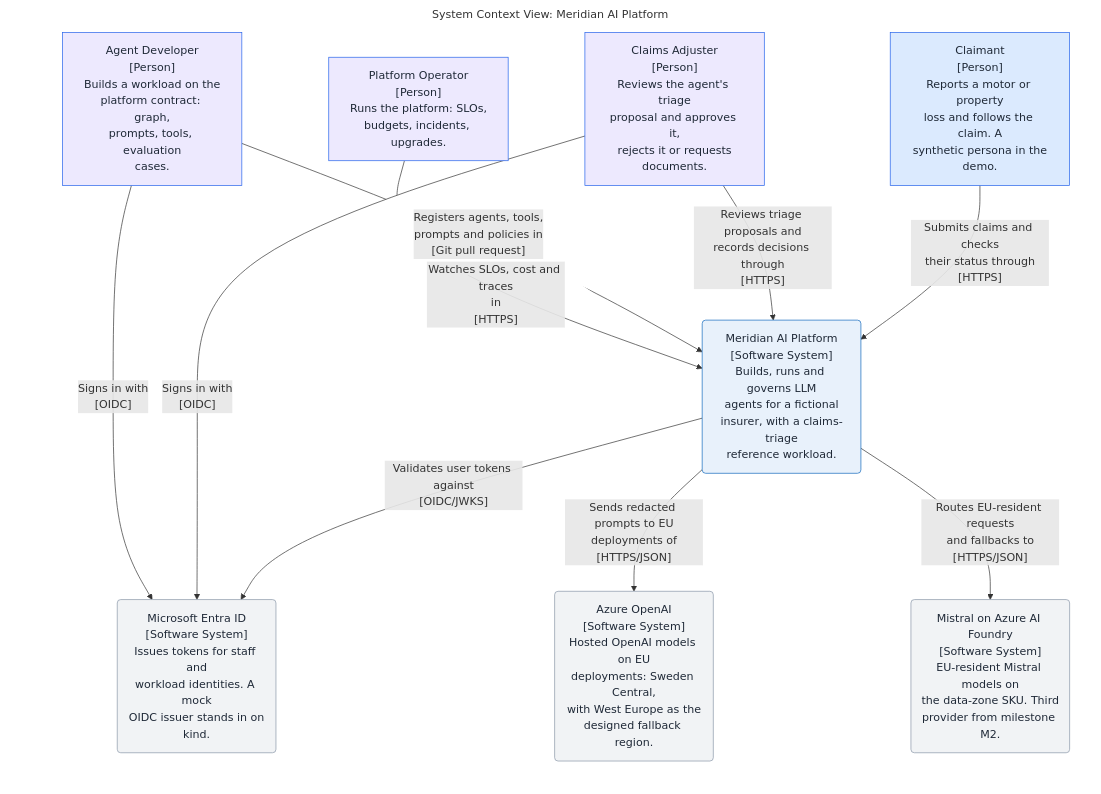
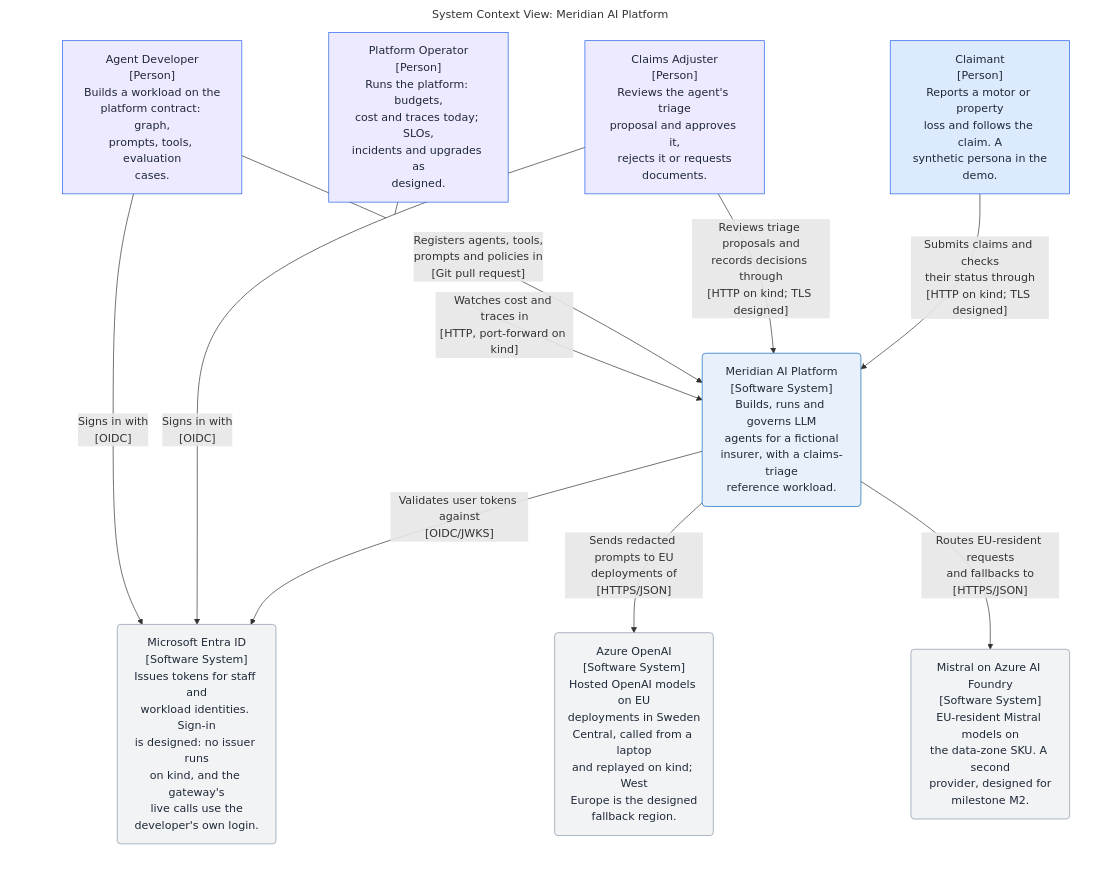
The diagram in README.md (Dezoxy/meridian-ai-platform), drawn with Mermaid before and after one commit. The commit also changed other lines of this file and 15 other files, not shown here.

````diff
--- a/README.md
+++ b/README.md
@@ -43,36 +45,36 @@
 ```mermaid
 graph LR
   linkStyle default fill:#ffffff
 
   subgraph diagram ["System Context View: Meridian AI Platform"]
     style diagram fill:#ffffff,stroke:#ffffff
 
     1["Claimant<br/>[Person]<br/>Reports a motor or property<br/>loss and follows the claim. A<br/>synthetic persona in the<br/>demo."]
     style 1 fill:#dbeafe,stroke:#2563eb,color:#1f2937
     10("Meridian AI Platform<br/>[Software System]<br/>Builds, runs and governs LLM<br/>agents for a fictional<br/>insurer, with a claims-triage<br/>reference workload.")
     style 10 fill:#e8f1fb,stroke:#1168bd,color:#1f2937
     2["Claims Adjuster<br/>[Person]<br/>Reviews the agent's triage<br/>proposal and approves it,<br/>rejects it or requests<br/>documents."]
     style 2 fill:#ede9fe,stroke:#2563eb,color:#1f2937
     3["Agent Developer<br/>[Person]<br/>Builds a workload on the<br/>platform contract: graph,<br/>prompts, tools, evaluation<br/>cases."]
     style 3 fill:#ede9fe,stroke:#2563eb,color:#1f2937
-    4["Platform Operator<br/>[Person]<br/>Runs the platform: SLOs,<br/>budgets, incidents, upgrades."]
+    4["Platform Operator<br/>[Person]<br/>Runs the platform: budgets,<br/>cost and traces today; SLOs,<br/>incidents and upgrades as<br/>designed."]
     style 4 fill:#ede9fe,stroke:#2563eb,color:#1f2937
-    5("Microsoft Entra ID<br/>[Software System]<br/>Issues tokens for staff and<br/>workload identities. A mock<br/>OIDC issuer stands in on<br/>kind.")
+    5("Microsoft Entra ID<br/>[Software System]<br/>Issues tokens for staff and<br/>workload identities. Sign-in<br/>is designed: no issuer runs<br/>on kind, and the gateway's<br/>live calls use the<br/>developer's own login.")
     style 5 fill:#f1f3f5,stroke:#8a96a8,color:#1f2937
-    6("Azure OpenAI<br/>[Software System]<br/>Hosted OpenAI models on EU<br/>deployments: Sweden Central,<br/>with West Europe as the<br/>designed fallback region.")
+    6("Azure OpenAI<br/>[Software System]<br/>Hosted OpenAI models on EU<br/>deployments in Sweden<br/>Central, called from a laptop<br/>and replayed on kind; West<br/>Europe is the designed<br/>fallback region.")
     style 6 fill:#f1f3f5,stroke:#8a96a8,color:#1f2937
-    7("Mistral on Azure AI Foundry<br/>[Software System]<br/>EU-resident Mistral models on<br/>the data-zone SKU. Third<br/>provider from milestone M2.")
+    7("Mistral on Azure AI Foundry<br/>[Software System]<br/>EU-resident Mistral models on<br/>the data-zone SKU. A second<br/>provider, designed for<br/>milestone M2.")
     style 7 fill:#f1f3f5,stroke:#8a96a8,color:#1f2937
 
-    1-- "Submits claims and checks<br/>their status through<br/>[HTTPS]" -->10
-    2-- "Reviews triage proposals and<br/>records decisions through<br/>[HTTPS]" -->10
+    1-- "Submits claims and checks<br/>their status through<br/>[HTTP on kind; TLS designed]" -->10
+    2-- "Reviews triage proposals and<br/>records decisions through<br/>[HTTP on kind; TLS designed]" -->10
     3-- "Registers agents, tools,<br/>prompts and policies in<br/>[Git pull request]" -->10
-    4-- "Watches SLOs, cost and traces<br/>in<br/>[HTTPS]" -->10
+    4-- "Watches cost and traces in<br/>[HTTP, port-forward on kind]" -->10
     10-- "Validates user tokens against<br/>[OIDC/JWKS]" -->5
     10-- "Sends redacted prompts to EU<br/>deployments of<br/>[HTTPS/JSON]" -->6
     10-- "Routes EU-resident requests<br/>and fallbacks to<br/>[HTTPS/JSON]" -->7
     2-- "Signs in with<br/>[OIDC]" -->5
     3-- "Signs in with<br/>[OIDC]" -->5
 
   end
 ```
````
